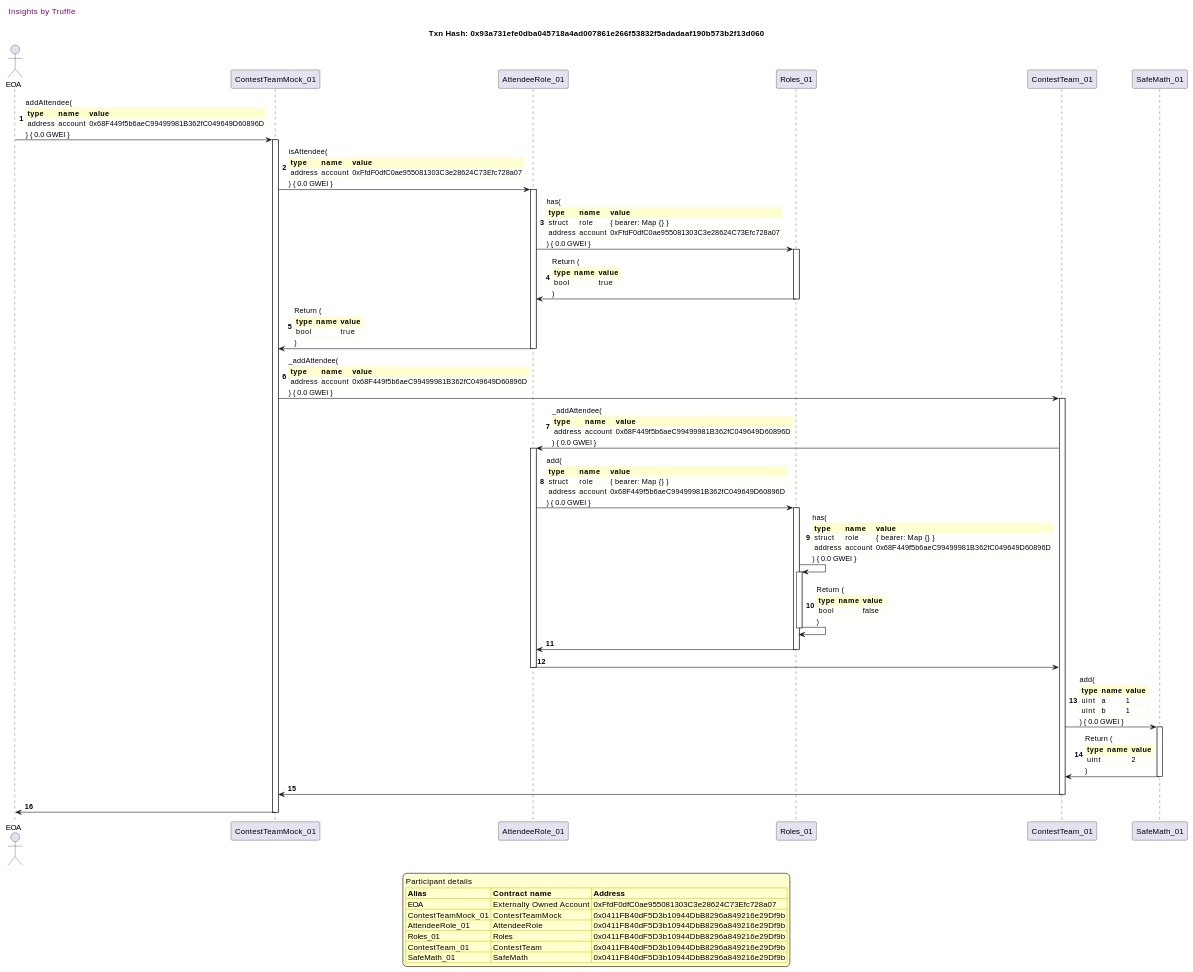
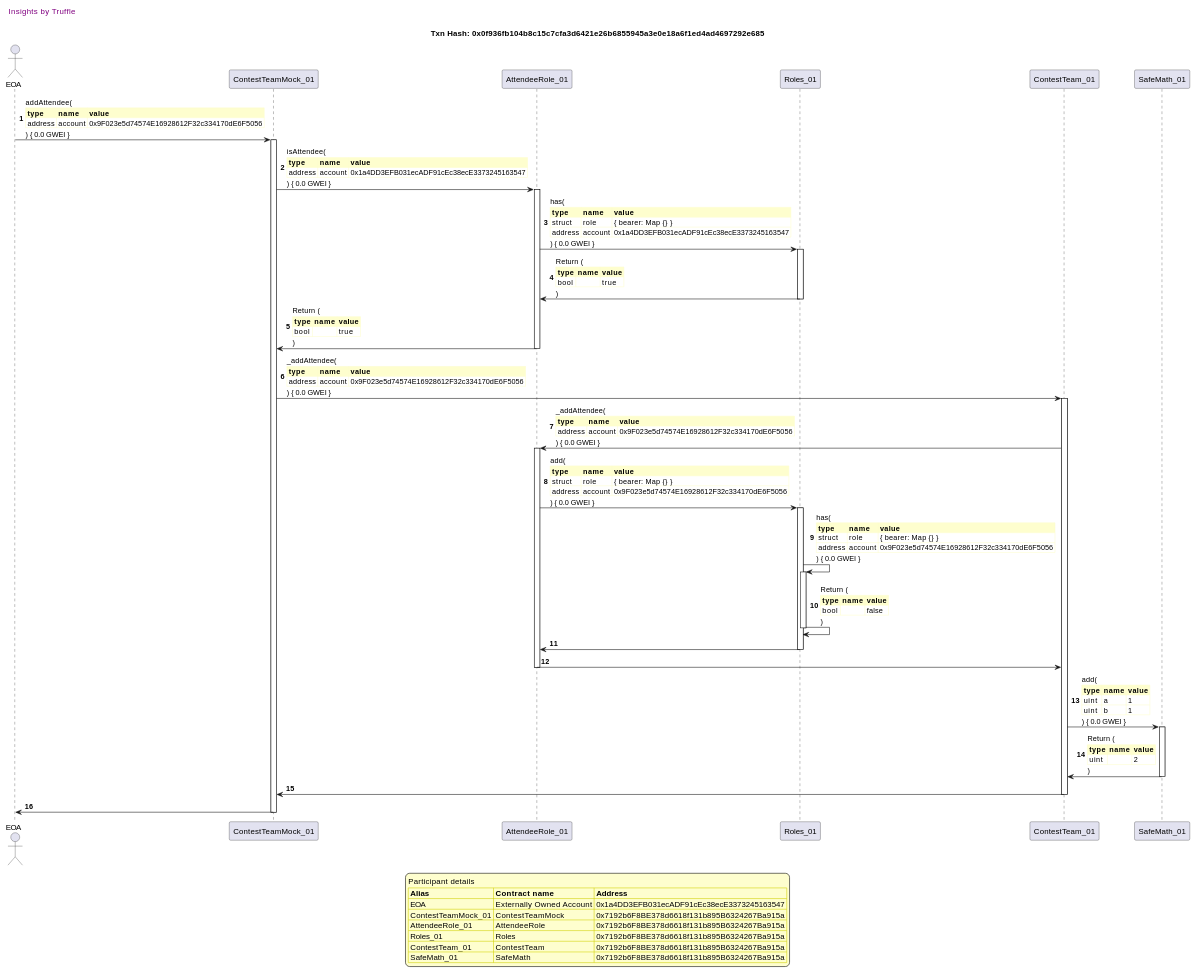
Before and after one commit to fodisi/hackapay: the fourth of 50 diagrams in truffle-seq/core_contestteam.md, drawn with PlantUML. The commit also changed other lines of this file and 10 other files, not shown here.

```diff
--- a/truffle-seq/core_contestteam.md
+++ b/truffle-seq/core_contestteam.md
@@ -309,7 +309,7 @@
 
 header Insights by Truffle
 
-title Txn Hash: 0x93a731efe0dba045718a4ad007861e266f53832f5adadaaf190b573b2f13d060
+title Txn Hash: 0x0f936fb104b8c15c7cfa3d6421e26b6855945a3e0e18a6f1ed4ad4697292e685
 
 
 actor EOA as "EOA"
@@ -321,16 +321,16 @@
 
 "EOA" -> "ContestTeamMock_01" ++: addAttendee(\n\
 <#FEFECE,#FEFECE>|= type |= name |= value |\n\
-| address | account | 0x68F449f5b6aeC99499981B362fC049649D60896D |\n\
+| address | account | 0x9F023e5d74574E16928612F32c334170dE6F5056 |\n\
 ) { 0.0 GWEI }
 "ContestTeamMock_01" -> "AttendeeRole_01" ++: isAttendee(\n\
 <#FEFECE,#FEFECE>|= type |= name |= value |\n\
-| address | account | 0xFfdF0dfC0ae955081303C3e28624C73Efc728a07 |\n\
+| address | account | 0x1a4DD3EFB031ecADF91cEc38ecE3373245163547 |\n\
 ) { 0.0 GWEI }
 "AttendeeRole_01" -> "Roles_01" ++: has(\n\
 <#FEFECE,#FEFECE>|= type |= name |= value |\n\
 | struct | role | { bearer: Map {} } |\n\
-| address | account | 0xFfdF0dfC0ae955081303C3e28624C73Efc728a07 |\n\
+| address | account | 0x1a4DD3EFB031ecADF91cEc38ecE3373245163547 |\n\
 ) { 0.0 GWEI }
 "Roles_01" -> "AttendeeRole_01" --: Return (\n\
 <#FEFECE,#FEFECE>|= type |= name |= value |\n\
@@ -342,21 +342,21 @@
 )
 "ContestTeamMock_01" -> "ContestTeam_01" ++: _addAttendee(\n\
 <#FEFECE,#FEFECE>|= type |= name |= value |\n\
-| address | account | 0x68F449f5b6aeC99499981B362fC049649D60896D |\n\
+| address | account | 0x9F023e5d74574E16928612F32c334170dE6F5056 |\n\
 ) { 0.0 GWEI }
 "ContestTeam_01" -> "AttendeeRole_01" ++: _addAttendee(\n\
 <#FEFECE,#FEFECE>|= type |= name |= value |\n\
-| address | account | 0x68F449f5b6aeC99499981B362fC049649D60896D |\n\
+| address | account | 0x9F023e5d74574E16928612F32c334170dE6F5056 |\n\
 ) { 0.0 GWEI }
 "AttendeeRole_01" -> "Roles_01" ++: add(\n\
 <#FEFECE,#FEFECE>|= type |= name |= value |\n\
 | struct | role | { bearer: Map {} } |\n\
-| address | account | 0x68F449f5b6aeC99499981B362fC049649D60896D |\n\
+| address | account | 0x9F023e5d74574E16928612F32c334170dE6F5056 |\n\
 ) { 0.0 GWEI }
 "Roles_01" -> "Roles_01" ++: has(\n\
 <#FEFECE,#FEFECE>|= type |= name |= value |\n\
 | struct | role | { bearer: Map {} } |\n\
-| address | account | 0x68F449f5b6aeC99499981B362fC049649D60896D |\n\
+| address | account | 0x9F023e5d74574E16928612F32c334170dE6F5056 |\n\
 ) { 0.0 GWEI }
 "Roles_01" -> "Roles_01" --: Return (\n\
 <#FEFECE,#FEFECE>|= type |= name |= value |\n\
@@ -379,12 +379,12 @@
 legend
 Participant details
 <#FEFECE,#D0D000>|= Alias |= Contract name |= Address |
-<#FEFECE>| EOA | Externally Owned Account | 0xFfdF0dfC0ae955081303C3e28624C73Efc728a07 |
-<#FEFECE>| ContestTeamMock_01 | ContestTeamMock | 0x0411FB40dF5D3b10944DbB8296a849216e29Df9b |
-<#FEFECE>| AttendeeRole_01 | AttendeeRole | 0x0411FB40dF5D3b10944DbB8296a849216e29Df9b |
-<#FEFECE>| Roles_01 | Roles | 0x0411FB40dF5D3b10944DbB8296a849216e29Df9b |
-<#FEFECE>| ContestTeam_01 | ContestTeam | 0x0411FB40dF5D3b10944DbB8296a849216e29Df9b |
-<#FEFECE>| SafeMath_01 | SafeMath | 0x0411FB40dF5D3b10944DbB8296a849216e29Df9b |
+<#FEFECE>| EOA | Externally Owned Account | 0x1a4DD3EFB031ecADF91cEc38ecE3373245163547 |
+<#FEFECE>| ContestTeamMock_01 | ContestTeamMock | 0x7192b6F8BE378d6618f131b895B6324267Ba915a |
+<#FEFECE>| AttendeeRole_01 | AttendeeRole | 0x7192b6F8BE378d6618f131b895B6324267Ba915a |
+<#FEFECE>| Roles_01 | Roles | 0x7192b6F8BE378d6618f131b895B6324267Ba915a |
+<#FEFECE>| ContestTeam_01 | ContestTeam | 0x7192b6F8BE378d6618f131b895B6324267Ba915a |
+<#FEFECE>| SafeMath_01 | SafeMath | 0x7192b6F8BE378d6618f131b895B6324267Ba915a |
 endlegend
 
 @enduml
```
